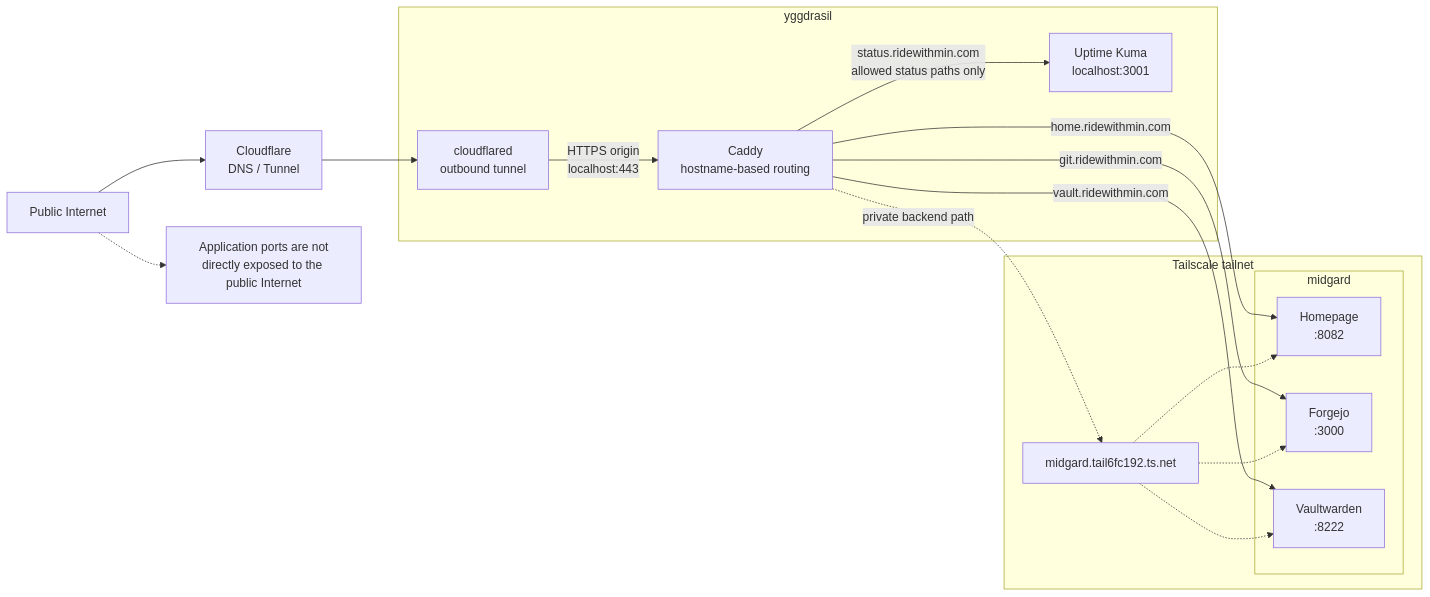
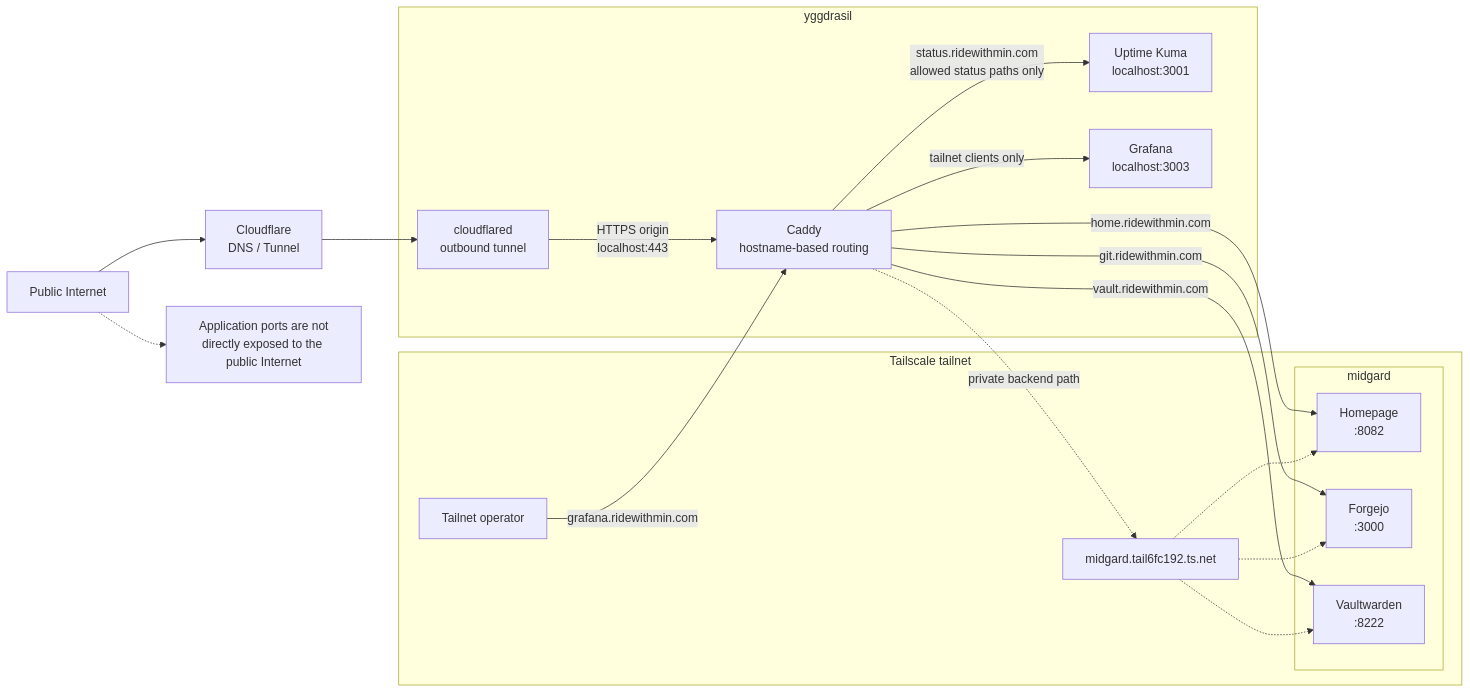
The second of 2 diagrams in README.md (smg1024/homelab), drawn with Mermaid before and after one commit. The commit also changed other lines of this file and 1 other file, not shown here.

Commit message:
docs: document Grafana homelab setup

````diff
--- a/README.md
+++ b/README.md
@@ -409,38 +437,43 @@
 ```mermaid
 flowchart LR
     public["Public Internet"]
     cf["Cloudflare<br/>DNS / Tunnel"]
 
     subgraph edge["yggdrasil"]
         tunnel["cloudflared<br/>outbound tunnel"]
         ingress["Caddy<br/>hostname-based routing"]
         status["Uptime Kuma<br/>localhost:3001"]
+        grafana["Grafana<br/>localhost:3003"]
     end
 
     subgraph private["Tailscale tailnet"]
         mdns["midgard.tail6fc192.ts.net"]
+        operator["Tailnet operator"]
 
         subgraph app["midgard"]
             home["Homepage<br/>:8082"]
             git["Forgejo<br/>:3000"]
             vault["Vaultwarden<br/>:8222"]
         end
     end
 
     public --> cf
     cf --> tunnel
     tunnel -->|"HTTPS origin<br/>localhost:443"| ingress
 
     ingress -->|"status.ridewithmin.com<br/>allowed status paths only"| status
     ingress -->|"home.ridewithmin.com"| home
     ingress -->|"git.ridewithmin.com"| git
     ingress -->|"vault.ridewithmin.com"| vault
 
+    operator -->|"grafana.ridewithmin.com"| ingress
+    ingress -->|"tailnet clients only"| grafana
+
     ingress -.->|private backend path| mdns
     mdns -.-> home
     mdns -.-> git
     mdns -.-> vault
 
     blocked["Application ports are not<br/>directly exposed to the public Internet"]
     public -.-> blocked
 ```
````
